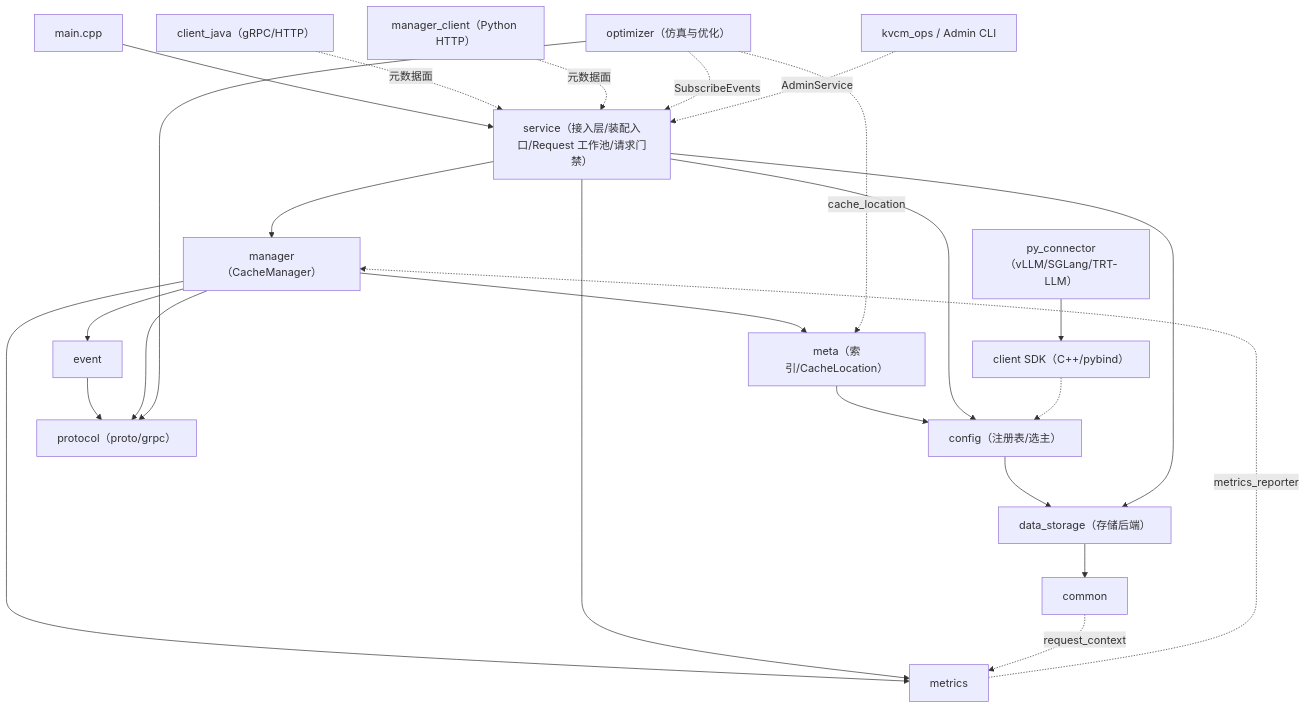
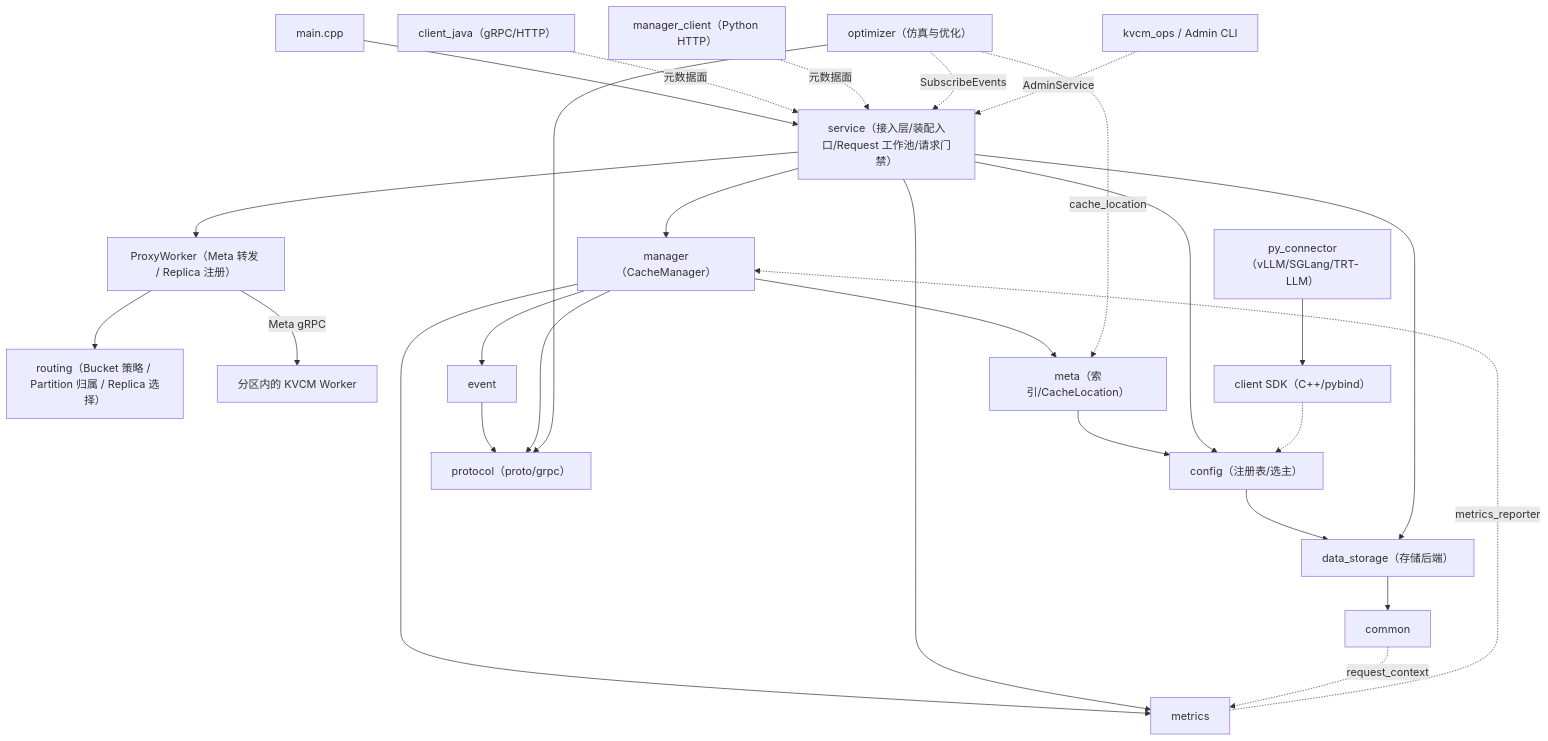
Before and after one commit to alibaba/tair-kvcache: the diagram in AGENTS.md, drawn with Mermaid. The commit also changed 34 other files, not shown here.

Commit message:
[service] add a versioned partition proxy worker for KVCM

````diff
--- a/AGENTS.md
+++ b/AGENTS.md
@@ -13,31 +13,34 @@
 ```mermaid
 flowchart TD
     main["main.cpp"] --> service["service（接入层/装配入口/Request 工作池/请求门禁）"]
+    service --> proxy["ProxyWorker（Meta 转发 / Replica 注册）"]
+    proxy --> routing["routing（Bucket 策略 / Partition 归属 / Replica 选择）"]
+    proxy -->|Meta gRPC| backend["分区内的 KVCM Worker"]
     service --> manager["manager（CacheManager）"]
     manager --> meta["meta（索引/CacheLocation）"]
     meta --> config["config（注册表/选主）"]
     config --> data_storage["data_storage（存储后端）"]
     data_storage --> common["common"]
 
     manager --> event["event"]
     event --> protocol["protocol（proto/grpc）"]
     manager --> metrics["metrics"]
     service --> metrics
     service --> config
     service --> data_storage
     manager --> protocol
 
     %% 有意的反向边（近似环，改动需谨慎）
     common -. request_context .-> metrics
     metrics -. metrics_reporter .-> manager
 
     %% 对外分支与 optimizer
     py_connector["py_connector（vLLM/SGLang/TRT-LLM）"] --> client["client SDK（C++/pybind）"]
     client -.-> config
     client_java["client_java（gRPC/HTTP）"] -. 元数据面 .-> service
     manager_client["manager_client（Python HTTP）"] -. 元数据面 .-> service
     optimizer["optimizer（仿真与优化）"] -. cache_location .-> meta
     optimizer --> protocol
     optimizer -. SubscribeEvents .-> service
     ops["kvcm_ops / Admin CLI"] -. AdminService .-> service
 ```
````
